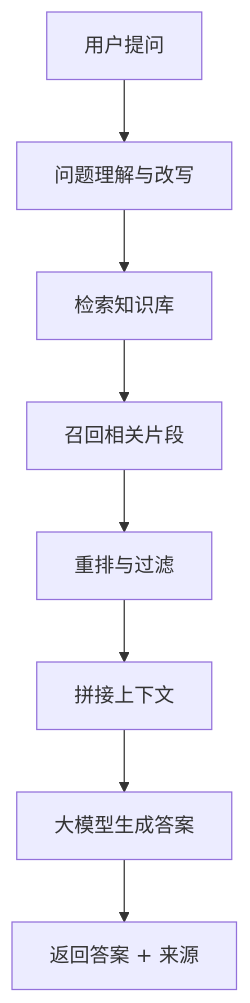
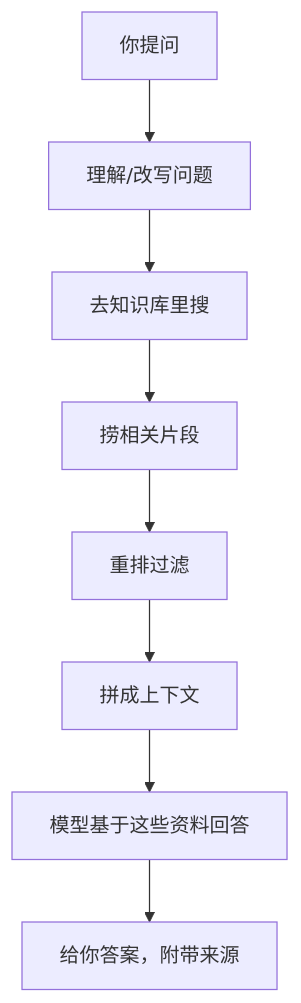
Before and after one commit to gouxinjie/gouxinjie.github.io: the first of 2 diagrams in docs/column/AIFuture/基础认知/什么是RAG检索增强生成.md, drawn with Mermaid. The commit also changed other lines of this file and 12 other files, not shown here.

````diff
--- a/docs/column/AIFuture/基础认知/什么是RAG检索增强生成.md
+++ b/docs/column/AIFuture/基础认知/什么是RAG检索增强生成.md
@@ -19,10 +27,10 @@
 ```mermaid
 flowchart TD
-  A["用户提问"] --> B["问题理解与改写"]
-  B --> C["检索知识库"]
-  C --> D["召回相关片段"]
-  D --> E["重排与过滤"]
-  E --> F["拼接上下文"]
-  F --> G["大模型生成答案"]
-  G --> H["返回答案 + 来源"]
+  A["你提问"] --> B["理解/改写问题"]
+  B --> C["去知识库里搜"]
+  C --> D["捞相关片段"]
+  D --> E["重排过滤"]
+  E --> F["拼成上下文"]
+  F --> G["模型基于这些资料回答"]
+  G --> H["给你答案，附带来源"]
 ```
````
